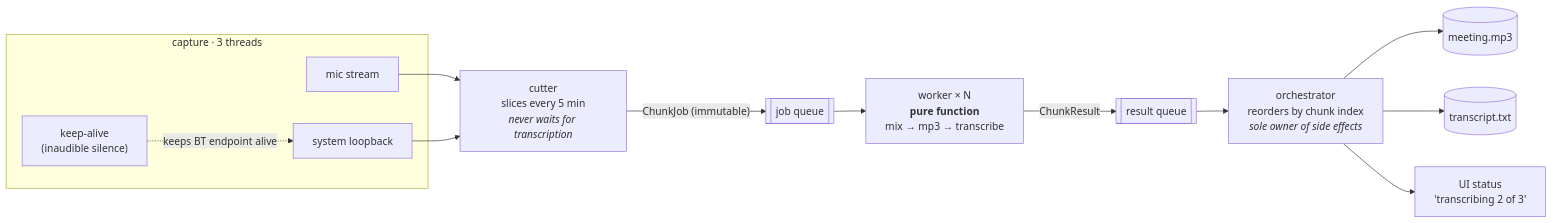
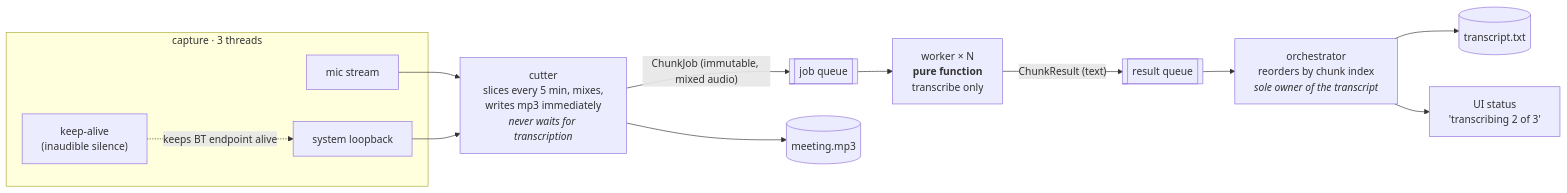
The diagram in README.md (raffacabofrio/memory-meet), drawn with Mermaid before and after one commit. The commit also changed other lines of this file and 2 other files, not shown here.

````diff
--- a/README.md
+++ b/README.md
@@ -30,24 +30,24 @@
 ```mermaid
 flowchart LR
     subgraph capture ["capture · 3 threads"]
         MIC["mic stream"]
         SYS["system loopback"]
         KA["keep-alive<br/>(inaudible silence)"]
     end
 
-    CUT["cutter<br/>slices every 5 min<br/><i>never waits for transcription</i>"]
+    CUT["cutter<br/>slices every 5 min, mixes,<br/>writes mp3 immediately<br/><i>never waits for transcription</i>"]
     JQ[["job queue"]]
-    W["worker × N<br/><b>pure function</b><br/>mix → mp3 → transcribe"]
+    W["worker × N<br/><b>pure function</b><br/>transcribe only"]
     RQ[["result queue"]]
-    ORC["orchestrator<br/>reorders by chunk index<br/><i>sole owner of side effects</i>"]
+    ORC["orchestrator<br/>reorders by chunk index<br/><i>sole owner of the transcript</i>"]
 
     MIC --> CUT
     SYS --> CUT
     KA -. keeps BT endpoint alive .-> SYS
 
-    CUT -- "ChunkJob (immutable)" --> JQ --> W -- "ChunkResult" --> RQ --> ORC
+    CUT --> MP3[("meeting.mp3")]
+    CUT -- "ChunkJob (immutable, mixed audio)" --> JQ --> W -- "ChunkResult (text)" --> RQ --> ORC
 
-    ORC --> MP3[("meeting.mp3")]
     ORC --> TXT[("transcript.txt")]
     ORC --> UI["UI status<br/>'transcribing 2 of 3'"]
 ```
````
